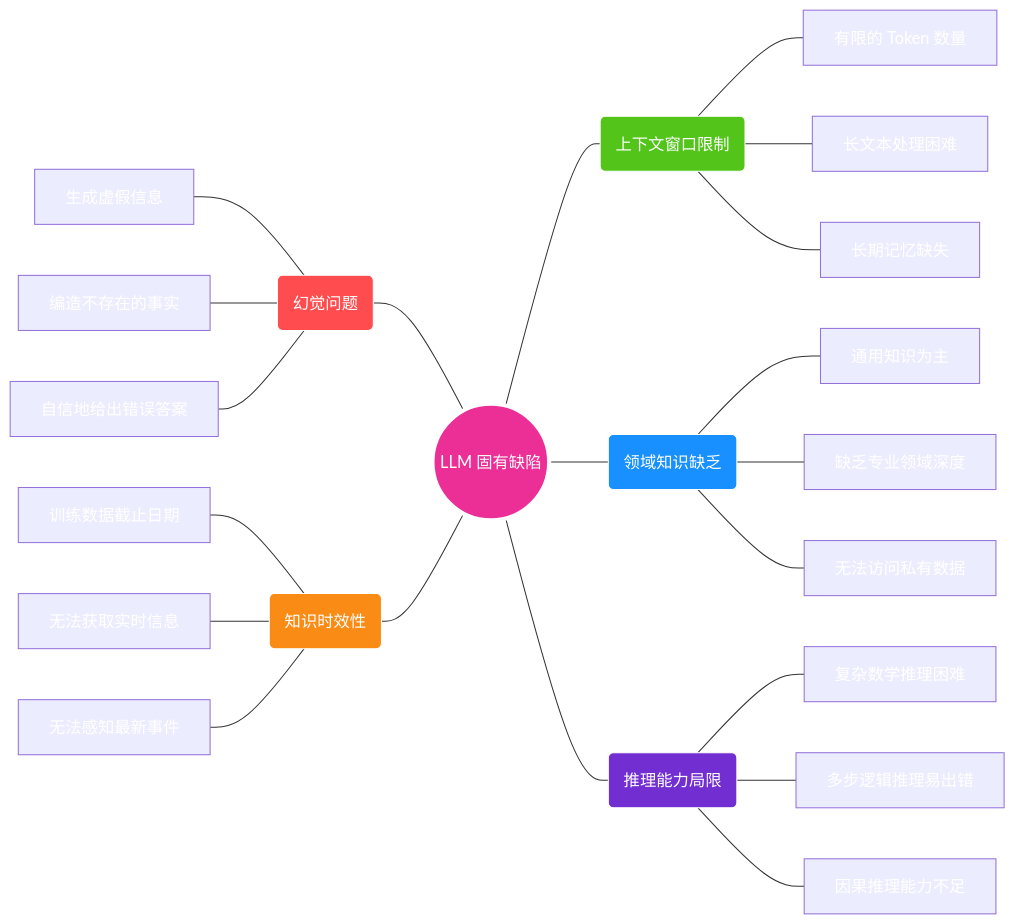
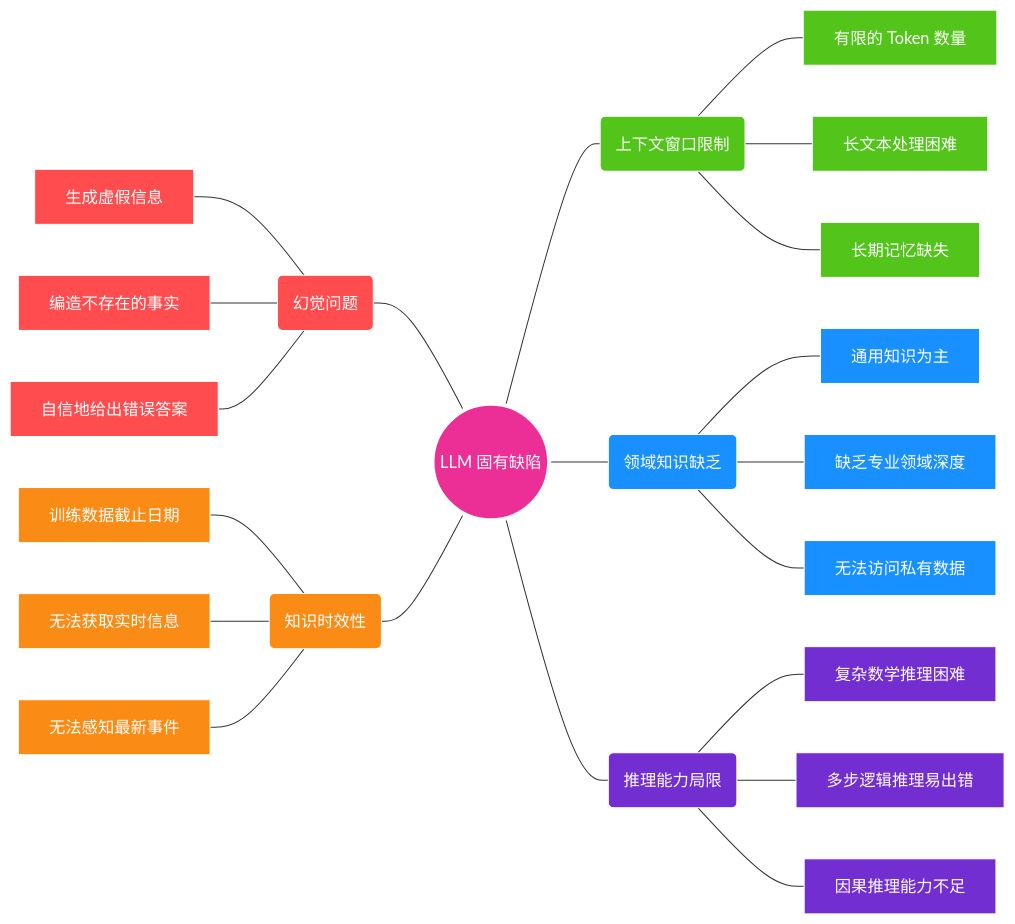
The first of 42 diagrams in docs/research/003-vector-search-algorithm.md (ThreeFish-AI/agentic-ai-cognizes), drawn with Mermaid before and after one commit. The commit also changed other lines of this file, not shown here.

Commit message:
docs(Research): 完善 Mermaid 图表样式与主题配置;
- 为 LLM 固有缺陷图表的叶子节点添加样式类，增强视觉分组
- 修正 quadrantChart 数据点格式，添加 emoji 图标
- 添加 dark mode 主题配置以优化图表渲染效果
- 统一处方描述用语

🤖 Generated with [Claude Code](https://claude.com/claude-code), [Antigravity](https://antigravity.google)

````diff
--- a/docs/research/003-vector-search-algorithm.md
+++ b/docs/research/003-vector-search-algorithm.md
@@ -39,45 +39,45 @@
 ```mermaid
 graph LR
     %% Root Node
     root((LLM 固有缺陷)):::root
 
     %% Left Side: Predecessors (Flow: Left -> Root)
     %% Explicitly linking LeftNode --- Root places LeftNode to the left
     H(幻觉问题):::hallucination --- root
     T(知识时效性):::timeliness --- root
 
     %% Left Leaves (Flow: Leaf -> LeftNode)
-    H1[生成虚假信息] --- H
-    H2[编造不存在的事实] --- H
-    H3[自信地给出错误答案] --- H
+    H1[生成虚假信息]:::hallucination --- H
+    H2[编造不存在的事实]:::hallucination --- H
+    H3[自信地给出错误答案]:::hallucination --- H
 
-    T1[训练数据截止日期] --- T
-    T2[无法获取实时信息] --- T
-    T3[无法感知最新事件] --- T
+    T1[训练数据截止日期]:::timeliness --- T
+    T2[无法获取实时信息]:::timeliness --- T
+    T3[无法感知最新事件]:::timeliness --- T
 
     %% Right Side: Successors (Flow: Root -> Right)
     %% Explicitly linking Root --- RightNode places RightNode to the right
     root --- C(上下文窗口限制):::context
     root --- D(领域知识缺乏):::domain
     root --- R(推理能力局限):::reasoning
 
     %% Right Leaves (Flow: RightNode -> Leaft)
-    C --- C1[有限的 Token 数量]
-    C --- C2[长文本处理困难]
-    C --- C3[长期记忆缺失]
+    C --- C1[有限的 Token 数量]:::context
+    C --- C2[长文本处理困难]:::context
+    C --- C3[长期记忆缺失]:::context
 
-    D --- D1[通用知识为主]
-    D --- D2[缺乏专业领域深度]
-    D --- D3[无法访问私有数据]
+    D --- D1[通用知识为主]:::domain
+    D --- D2[缺乏专业领域深度]:::domain
+    D --- D3[无法访问私有数据]:::domain
 
-    R --- R1[复杂数学推理困难]
-    R --- R2[多步逻辑推理易出错]
-    R --- R3[因果推理能力不足]
+    R --- R1[复杂数学推理困难]:::reasoning
+    R --- R2[多步逻辑推理易出错]:::reasoning
+    R --- R3[因果推理能力不足]:::reasoning
 
     classDef root fill:#eb2f96,stroke:#fff,stroke-width:4px,color:#fff
     classDef hallucination fill:#ff4d4f,stroke:#fff,color:#fff
     classDef timeliness fill:#fa8c16,stroke:#fff,color:#fff
     classDef context fill:#52c41a,stroke:#fff,color:#fff
     classDef domain fill:#1890ff,stroke:#fff,color:#fff
     classDef reasoning fill:#722ed1,stroke:#fff,color:#fff
 ```
````
